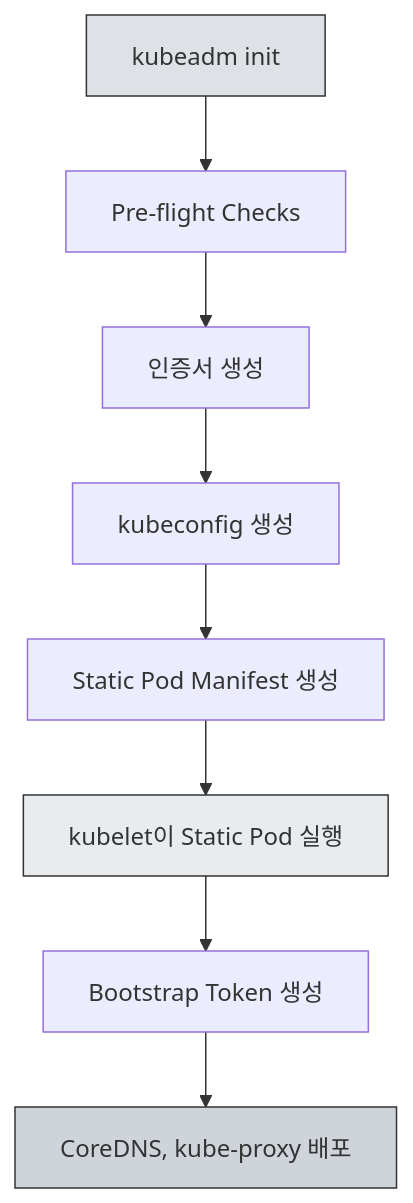
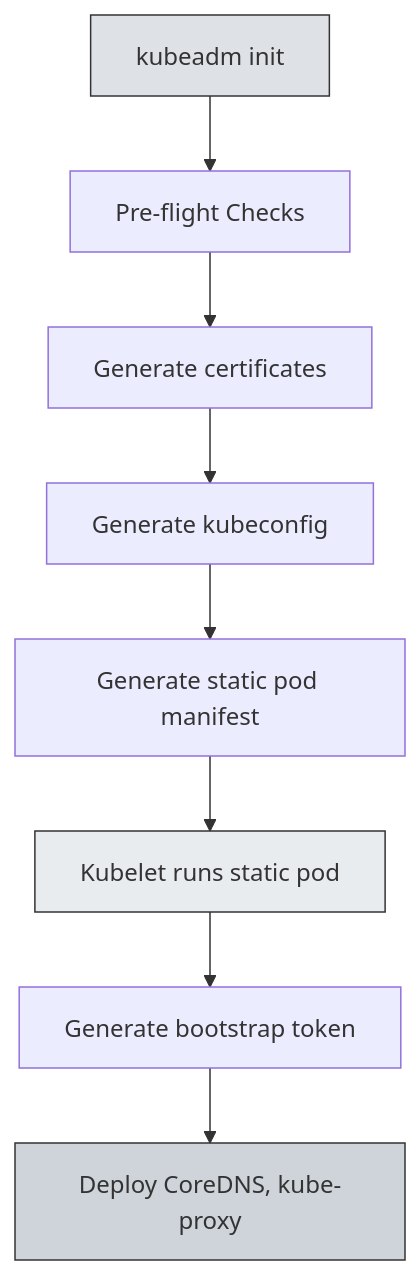
The seventh of 9 diagrams in i18n/en/docusaurus-plugin-content-blog/blog/2026-01-05/the-weight-of-kubernetes-installation.md (doxxx93/doxxx.dev), drawn with Mermaid before and after one commit. The commit also changed other lines of this file and 6 other files, not shown here.

````diff
--- a/i18n/en/docusaurus-plugin-content-blog/blog/2026-01-05/the-weight-of-kubernetes-installation.md
+++ b/i18n/en/docusaurus-plugin-content-blog/blog/2026-01-05/the-weight-of-kubernetes-installation.md
@@ -216,14 +216,14 @@
 ```mermaid
 flowchart TD
     A["kubeadm init"] --> B["Pre-flight Checks"]
-    B --> C["인증서 생성"]
-    C --> D["kubeconfig 생성"]
-    D --> E["Static Pod Manifest 생성"]
-    E --> F["kubelet이 Static Pod 실행"]
-    F --> G["Bootstrap Token 생성"]
-    G --> H["CoreDNS, kube-proxy 배포"]
+    B --> C["Generate certificates"]
+    C --> D["Generate kubeconfig"]
+    D --> E["Generate static pod manifest"]
+    E --> F["Kubelet runs static pod"]
+    F --> G["Generate bootstrap token"]
+    G --> H["Deploy CoreDNS, kube-proxy"]
 
     style A fill:#dee2e6,stroke:#333
     style F fill:#e9ecef,stroke:#333
     style H fill:#ced4da,stroke:#333
 ```
````
